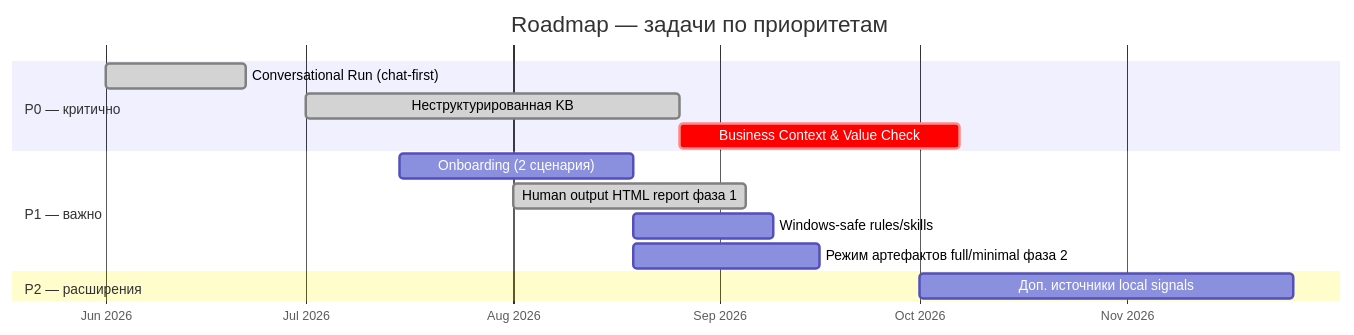
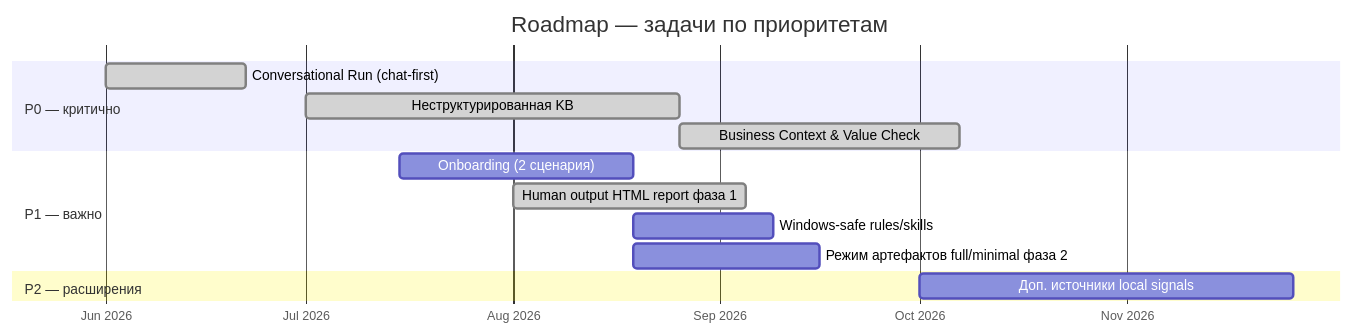
Before and after one commit to SergeyNash/hypothesis-stress-test: the diagram in roadmap/README.md, drawn with Mermaid. The commit also changed other lines of this file and 77 other files, not shown here.

First line of the commit message:
feat: v2.4.0 Product Sense readiness — Business Context, executive report, RU examples

````diff
--- a/roadmap/README.md
+++ b/roadmap/README.md
@@ -10,21 +10,21 @@
 ```mermaid
 gantt
     title Roadmap — задачи по приоритетам
     dateFormat YYYY-MM-DD
     axisFormat %b %Y
     todayMarker on
 
     section P0 — критично
     Conversational Run (chat-first)           :done, p0conv, 2026-06-01, 3w
     Неструктурированная KB                  :done, p0kb, 2026-07-01, 8w
-    Business Context & Value Check            :crit, p0biz, after p0kb, 6w
+    Business Context & Value Check            :done, p0biz, after p0kb, 6w
 
     section P1 — важно
     Onboarding (2 сценария)                   :p1on, 2026-07-15, 5w
     Human output HTML report фаза 1             :done, p1html, 2026-08-01, 5w
     Windows-safe rules/skills                 :p1win, after p1on, 3w
     Режим артефактов full/minimal фаза 2      :p1modes, after p1on, 4w
 
     section P2 — расширения
     Доп. источники local signals              :p2sig, 2026-10-01, 8w
 ```
````
